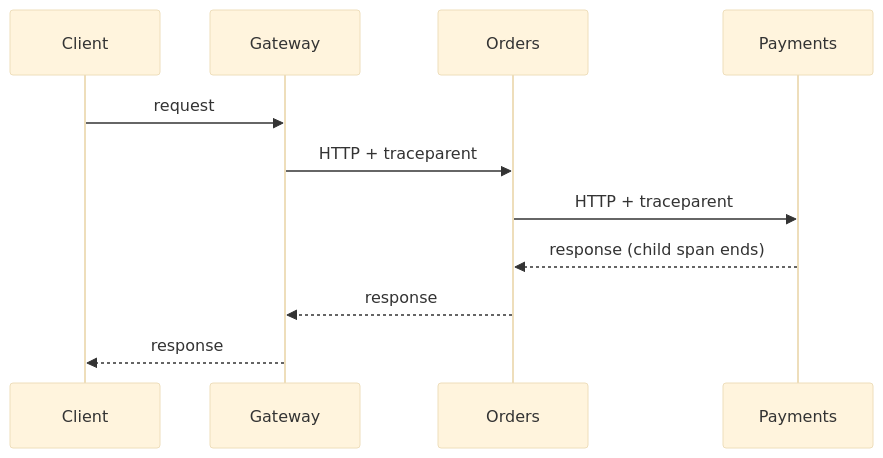
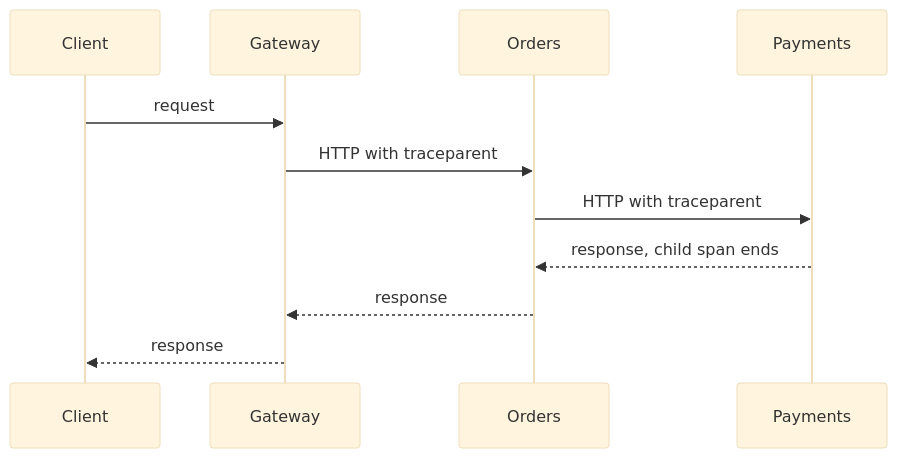
Before and after one commit to AthiraMohan14/Complete-Java-Resource-PlayBook: the second of 2 diagrams in docs/learning/20-observability/distributed-tracing.md, drawn with Mermaid (base theme). The commit also changed other lines of this file and 174 other files, not shown here.

````diff
--- a/docs/learning/20-observability/distributed-tracing.md
+++ b/docs/learning/20-observability/distributed-tracing.md
@@ -61,13 +101,13 @@
 ```mermaid
 sequenceDiagram
     participant Client
     participant Gateway
     participant Orders
     participant Payments
     Client->>Gateway: request
-    Gateway->>Orders: HTTP + traceparent
-    Orders->>Payments: HTTP + traceparent
-    Payments-->>Orders: response (child span ends)
+    Gateway->>Orders: HTTP with traceparent
+    Orders->>Payments: HTTP with traceparent
+    Payments-->>Orders: response, child span ends
     Orders-->>Gateway: response
     Gateway-->>Client: response
 ```
````
